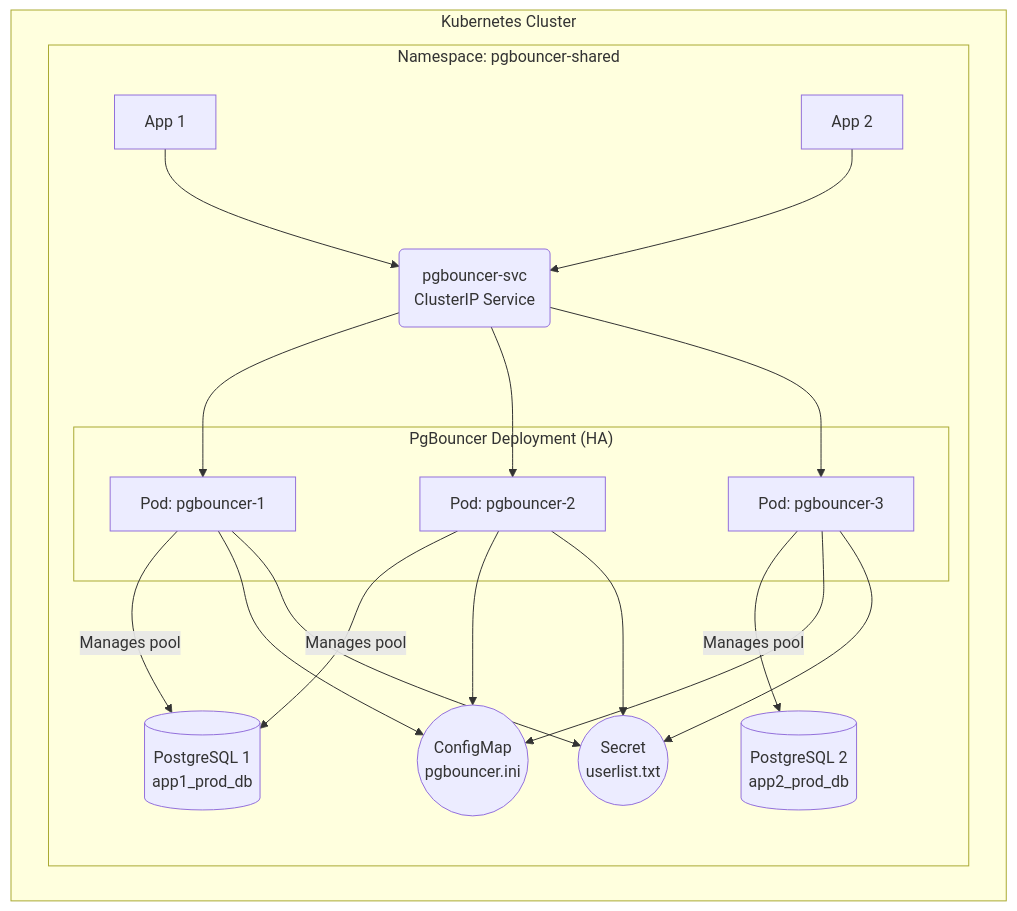
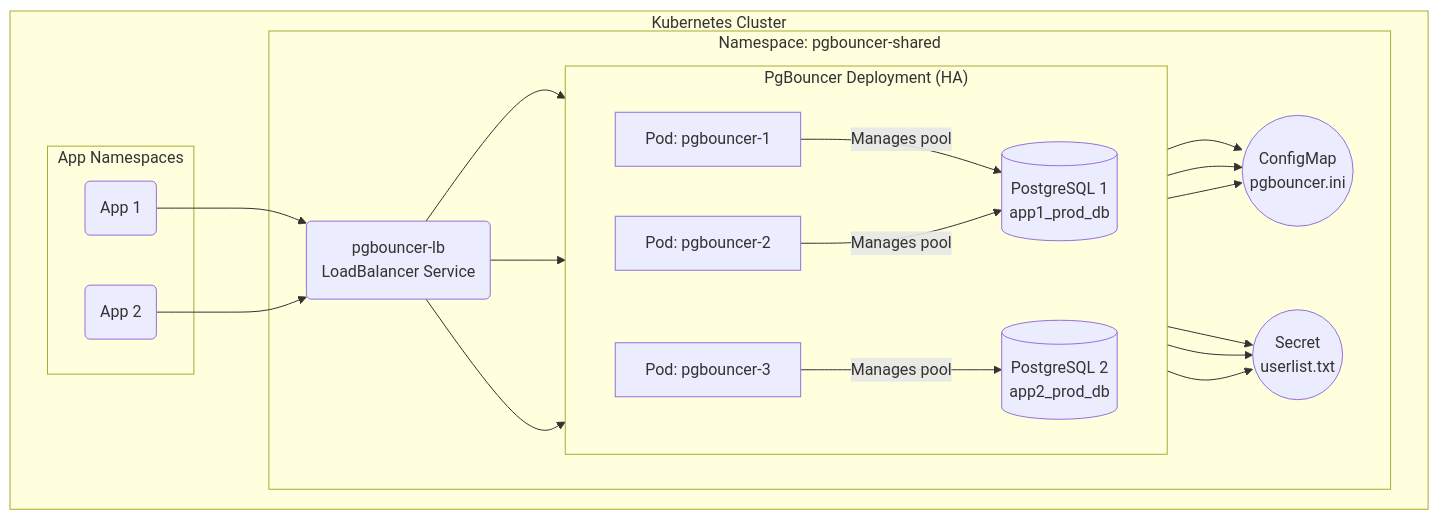
One commit to andremmandrade/pgbouncer changed the diagram in README.md. Above: the diagram before and after it, drawn with Mermaid. The commit also changed other lines of this file, not shown here.

Commit message:
readme improvements

````diff
--- a/README.md
+++ b/README.md
@@ -6,24 +23,27 @@
 ```mermaid
 graph TD
     subgraph "Kubernetes Cluster"
+        subgraph "App Namespaces"
+            App1(App 1)
+            App2(App 2)
+        end
         subgraph "Namespace: pgbouncer-shared"
-            A[App 1] --> Svc;
-            B[App 2] --> Svc;
+            App1 --> Svc;
+            App2 --> Svc;
 
-            Svc(pgbouncer-svc<br/>ClusterIP Service) --> P1;
-            Svc --> P2;
-            Svc --> P3;
+            Svc(pgbouncer-lb<br/>LoadBalancer Service) --> P1[Pod: pgbouncer-1];
+            Svc --> P2[Pod: pgbouncer-2];
+            Svc --> P3[Pod: pgbouncer-3];
 
-            P1[Pod: pgbouncer-1] -- Manages pool --> DB1[(PostgreSQL 1<br/>app1_prod_db)];
-            P2[Pod: pgbouncer-2] -- Manages pool --> DB1;
-            P3[Pod: pgbouncer-3] -- Manages pool --> DB2[(PostgreSQL 2<br/>app2_prod_db)];
-            
             subgraph "PgBouncer Deployment (HA)"
-                P1 & P2 & P3
+                direction LR
+                P1 -- Manages pool --> DB1[(PostgreSQL 1<br/>app1_prod_db)];
+                P2 -- Manages pool --> DB1;
+                P3 -- Manages pool --> DB2[(PostgreSQL 2<br/>app2_prod_db)];
             end
 
-            P1 & P2 & P3 --> C((ConfigMap<br/>pgbouncer.ini));
+            P1 & P2 & P3 --> Cfg((ConfigMap<br/>pgbouncer.ini));
             P1 & P2 & P3 --> Sec((Secret<br/>userlist.txt));
         end
     end
 ```
````
